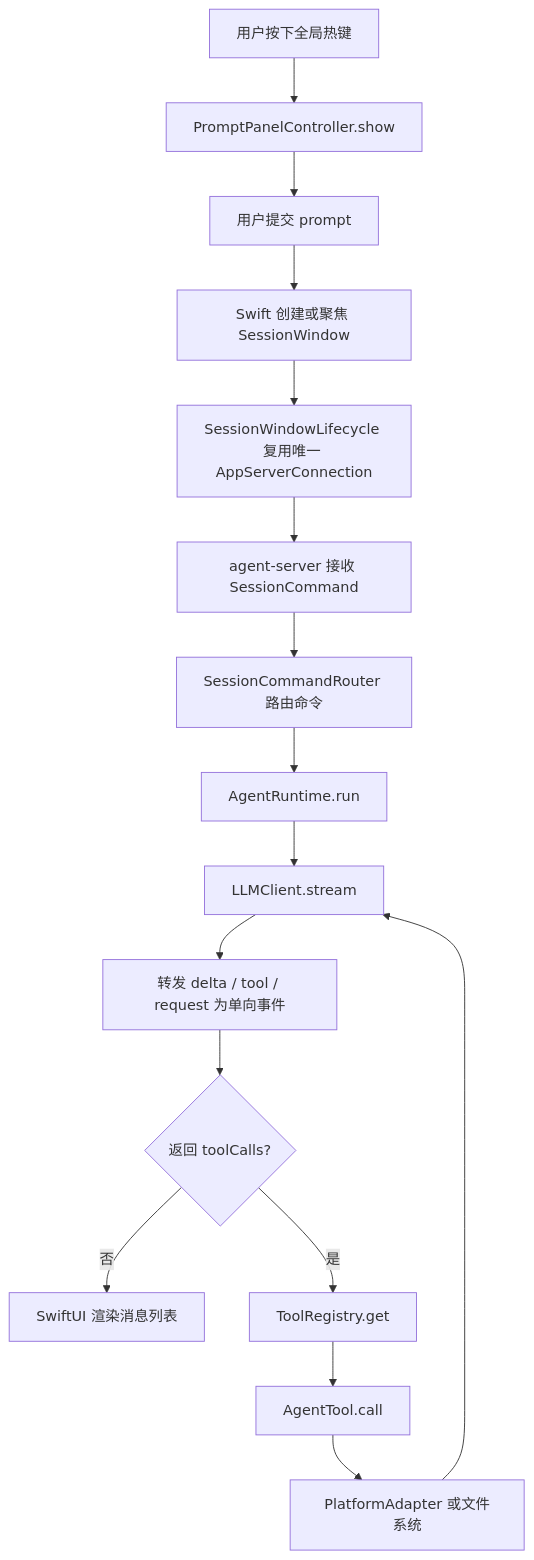
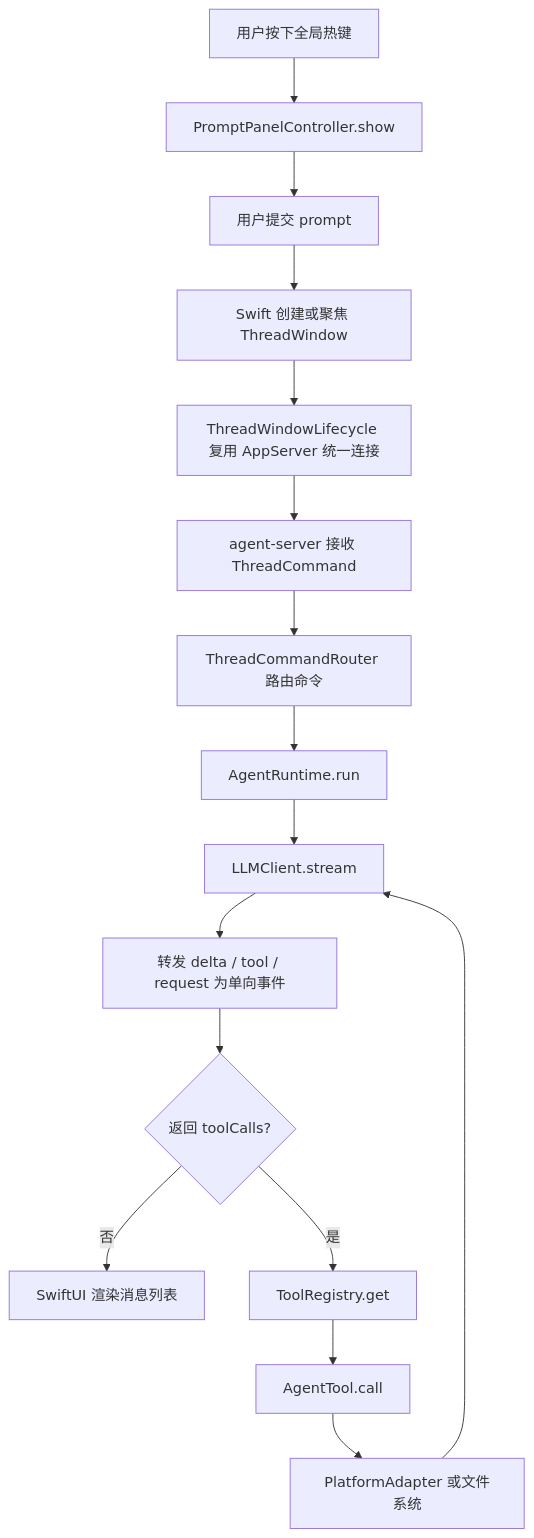
Before and after one commit to Lixuhang987/SpotAgent: the second of 2 diagrams in handAgent.md, drawn with Mermaid. The commit also changed other lines of this file and 132 other files, not shown here.

Commit message:
refactor: unify desktop app server around thread protocol

````diff
--- a/handAgent.md
+++ b/handAgent.md
@@ -37,18 +37,18 @@
 ```mermaid
 flowchart TD
   A[用户按下全局热键] --> B[PromptPanelController.show]
   B --> C[用户提交 prompt]
-  C --> D[Swift 创建或聚焦 SessionWindow]
-  D --> E[SessionWindowLifecycle 复用唯一 AppServerConnection]
-  E --> F[agent-server 接收 SessionCommand]
-  F --> G[SessionCommandRouter 路由命令]
+  C --> D[Swift 创建或聚焦 ThreadWindow]
+  D --> E[ThreadWindowLifecycle 复用 AppServer 统一连接]
+  E --> F[agent-server 接收 ThreadCommand]
+  F --> G[ThreadCommandRouter 路由命令]
   G --> H[AgentRuntime.run]
   H --> I[LLMClient.stream]
   I --> I1[转发 delta / tool / request 为单向事件]
   I1 --> J{返回 toolCalls?}
   J -- 否 --> K[SwiftUI 渲染消息列表]
   J -- 是 --> L[ToolRegistry.get]
   L --> M[AgentTool.call]
   M --> N[PlatformAdapter 或文件系统]
   N --> I
 ```
````
